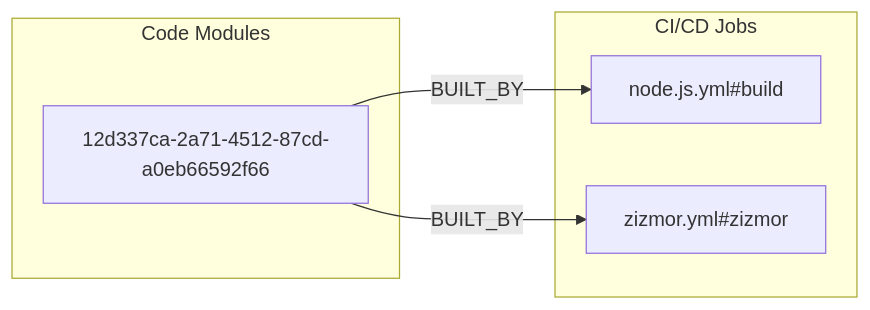
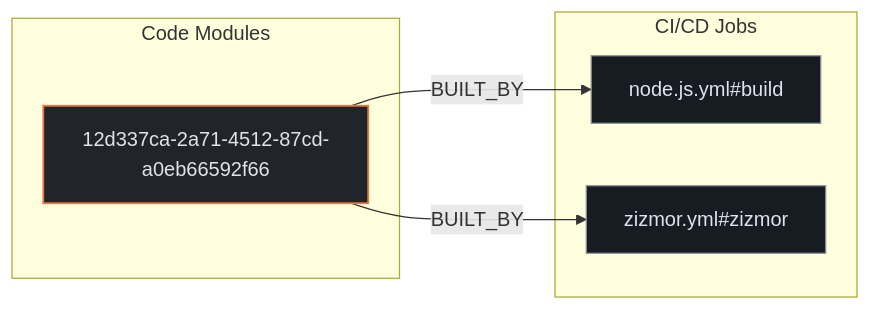
Before and after one commit to kumarshaz/atruss-code-atlas: the second of 3 diagrams in exports/latest/reports/zulip-zulipbot-report.md, drawn with Mermaid. The commit also changed other lines of this file and 331 other files, not shown here.

Commit message:
docs,ui,fix: update SDLC docs, reorder CI/CD DAG first, stylize Mermaid, and fix Arc42 pipeline topology

````diff
--- a/exports/latest/reports/zulip-zulipbot-report.md
+++ b/exports/latest/reports/zulip-zulipbot-report.md
@@ -100,12 +107,16 @@
 ```mermaid
 flowchart LR
+    classDef atlasCategory fill:#212428,stroke:#E87A48,stroke-width:1.5px,color:#dfe3eb
+    classDef atlasWorkflow fill:#1b2026,stroke:#a3c9ff,stroke-width:1.5px,color:#dfe3eb
+    classDef atlasJob fill:#171c22,stroke:#8d9199,stroke-width:1px,color:#dfe3eb
+    classDef atlasTarget fill:#005227,stroke:#8bd99b,stroke-width:1.5px,color:#a7f6b6
     subgraph code_modules["Code Modules"]
-        mod_12d337ca_2a71_4512_87cd_a0eb66592f66["12d337ca-2a71-4512-87cd-a0eb66592f66"]
+        mod_12d337ca_2a71_4512_87cd_a0eb66592f66["12d337ca-2a71-4512-87cd-a0eb66592f66"]:::atlasCategory
     end
     subgraph ci_jobs["CI/CD Jobs"]
-        job_node_js_yml_build["node.js.yml#build"]
-        job_zizmor_yml_zizmor["zizmor.yml#zizmor"]
+        job_node_js_yml_build["node.js.yml#build"]:::atlasJob
+        job_zizmor_yml_zizmor["zizmor.yml#zizmor"]:::atlasJob
     end
     mod_12d337ca_2a71_4512_87cd_a0eb66592f66 -->|BUILT_BY| job_node_js_yml_build
     mod_12d337ca_2a71_4512_87cd_a0eb66592f66 -->|BUILT_BY| job_zizmor_yml_zizmor
 ```
````
